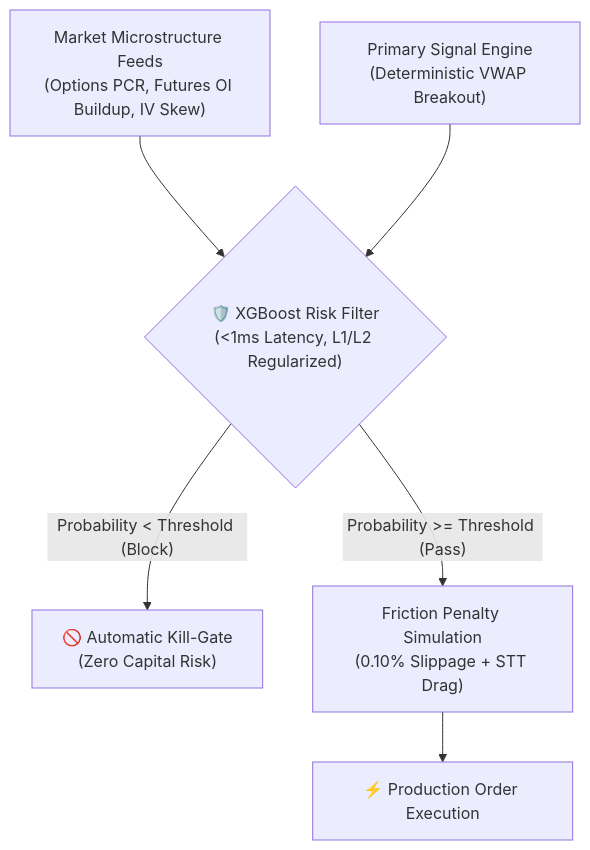
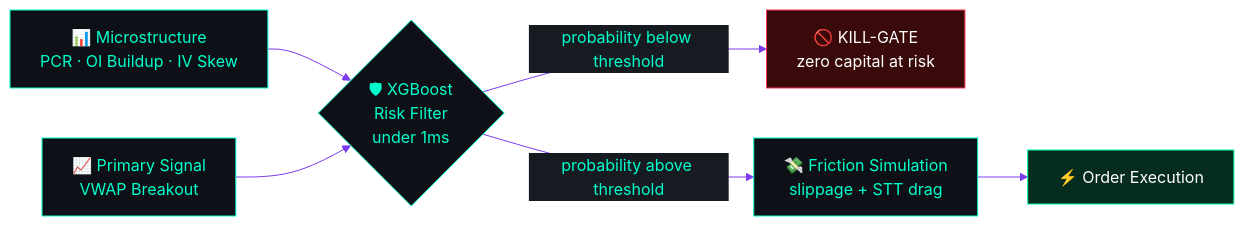
One commit to Aarish1915/Aarish1915 changed the second of 4 diagrams in README.md. Above: the diagram before and after it, drawn with Mermaid. The commit also changed other lines of this file, not shown here.

````diff
--- a/README.md
+++ b/README.md
@@ -80,8 +94,13 @@
 ```mermaid
-flowchart TD
-    Microstructure["Market Microstructure Feeds<br/>(Options PCR, Futures OI Buildup, IV Skew)"] --> RiskGate
-    Primary["Primary Signal Engine<br/>(Deterministic VWAP Breakout)"] --> RiskGate{"🛡️ XGBoost Risk Filter<br/>(<1ms Latency, L1/L2 Regularized)"}
-    RiskGate -->|"Probability < Threshold (Block)"| KillGate["🚫 Automatic Kill-Gate<br/>(Zero Capital Risk)"]
-    RiskGate -->|"Probability >= Threshold (Pass)"| Friction["Friction Penalty Simulation<br/>(0.10% Slippage + STT Drag)"]
-    Friction --> Exec["⚡ Production Order Execution"]
+%%{init: {'theme':'base','themeVariables':{'primaryColor':'#0d1117','primaryTextColor':'#00ffcc','primaryBorderColor':'#00ffcc','lineColor':'#7c3aed','secondaryColor':'#161b22','tertiaryColor':'#0d1117','fontFamily':'monospace'}}}%%
+flowchart LR
+    M["📊 Microstructure<br/>PCR · OI Buildup · IV Skew"] --> G
+    S["📈 Primary Signal<br/>VWAP Breakout"] --> G{"🛡 XGBoost<br/>Risk Filter<br/>under 1ms"}
+    G -->|"probability below threshold"| K["🚫 KILL-GATE<br/>zero capital at risk"]
+    G -->|"probability above threshold"| F["💸 Friction Simulation<br/>slippage + STT drag"]
+    F --> X["⚡ Order Execution"]
+    classDef bad fill:#3a0a0a,stroke:#ff3355,color:#ffffff
+    classDef good fill:#062b1f,stroke:#00ff9d,color:#ffffff
+    class K bad
+    class X good
 ```
````
